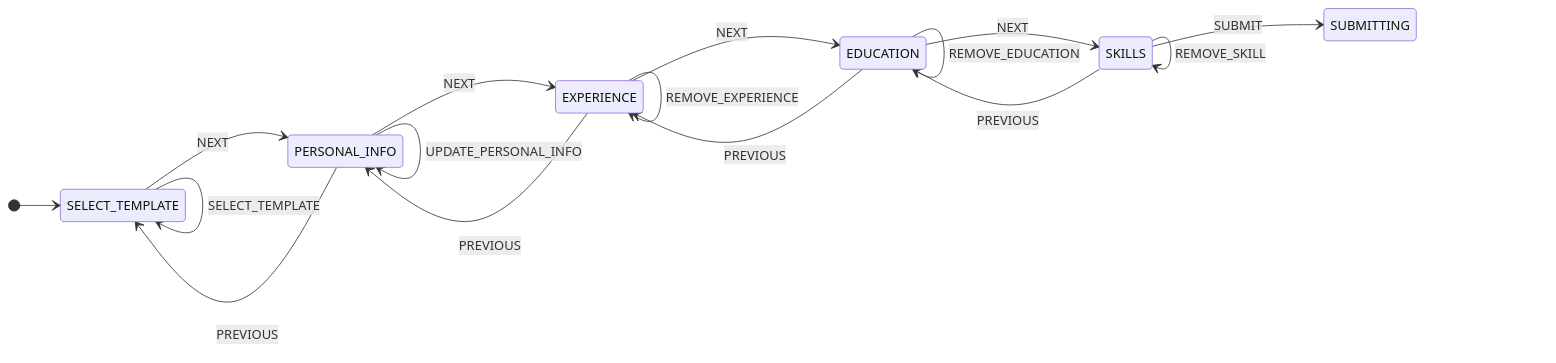
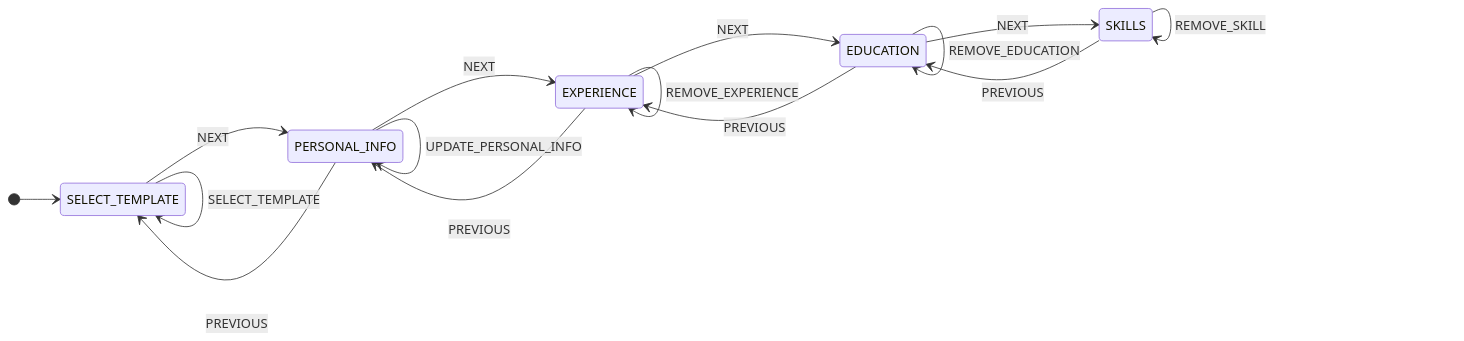
Before and after one commit to victorgzv/resume-builder: the second of 2 diagrams in src/FSM.md, drawn with Mermaid. The commit also changed other lines of this file and 3 other files, not shown here.

````diff
--- a/src/FSM.md
+++ b/src/FSM.md
@@ -44,25 +44,24 @@
 ```mermaid
 stateDiagram-v2
  direction LR
  [*] --> SELECT_TEMPLATE
  SELECT_TEMPLATE --> PERSONAL_INFO: NEXT
  PERSONAL_INFO --> EXPERIENCE: NEXT
  EXPERIENCE --> EDUCATION: NEXT
  EDUCATION --> SKILLS: NEXT
- SKILLS --> SUBMITTING: SUBMIT
  PERSONAL_INFO --> SELECT_TEMPLATE: PREVIOUS
  EXPERIENCE --> PERSONAL_INFO: PREVIOUS
  EDUCATION --> EXPERIENCE: PREVIOUS
  SKILLS --> EDUCATION: PREVIOUS
  SELECT_TEMPLATE --> SELECT_TEMPLATE: SELECT_TEMPLATE
  PERSONAL_INFO --> PERSONAL_INFO: UPDATE_PERSONAL_INFO
  EXPERIENCE --> EXPERIENCE: ADD_EXPERIENCE
  EXPERIENCE --> EXPERIENCE: UPDATE_EXPERIENCE
  EXPERIENCE --> EXPERIENCE: REMOVE_EXPERIENCE
  EDUCATION --> EDUCATION: ADD_EDUCATION
  EDUCATION --> EDUCATION: UPDATE_EDUCATION
  EDUCATION --> EDUCATION: REMOVE_EDUCATION
  SKILLS --> SKILLS: ADD_SKILL
  SKILLS --> SKILLS: UPDATE_SKILL
  SKILLS --> SKILLS: REMOVE_SKILL
 ```
````
